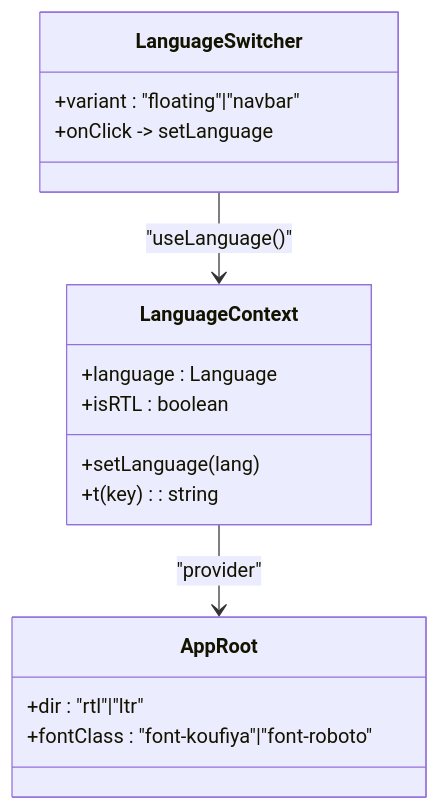
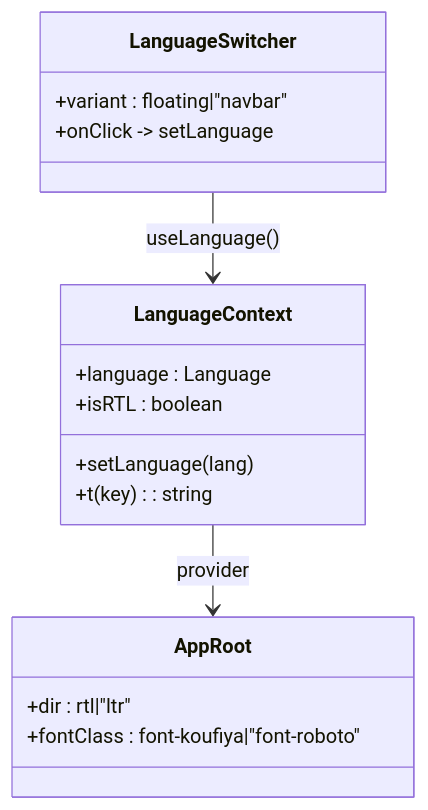
Before and after one commit to mohjak/sc-dof: the fourth of 5 diagrams in .qoder/repowiki/en/content/Component Reference/Custom Components/Language Switcher.md, drawn with Mermaid. The commit also changed other lines of this file and 68 other files, not shown here.

First line of the commit message:
docs(docs): update component architecture docs with markdown formatting fixes

````diff
--- a/.qoder/repowiki/en/content/Component Reference/Custom Components/Language Switcher.md
+++ b/.qoder/repowiki/en/content/Component Reference/Custom Components/Language Switcher.md
@@ -202,19 +200,19 @@
 ```mermaid
 classDiagram
 class LanguageContext {
 +language : Language
 +setLanguage(lang)
 +t(key) : string
 +isRTL : boolean
 }
 class AppRoot {
-+dir : "rtl"|"ltr"
-+fontClass : "font-koufiya"|"font-roboto"
++dir : rtl|"ltr"
++fontClass : font-koufiya|"font-roboto"
 }
 class LanguageSwitcher {
-+variant : "floating"|"navbar"
++variant : floating|"navbar"
 +onClick -> setLanguage
 }
-LanguageSwitcher --> LanguageContext : "useLanguage()"
-LanguageContext --> AppRoot : "provider"
+LanguageSwitcher --> LanguageContext : useLanguage()
+LanguageContext --> AppRoot : provider
 ```
````
